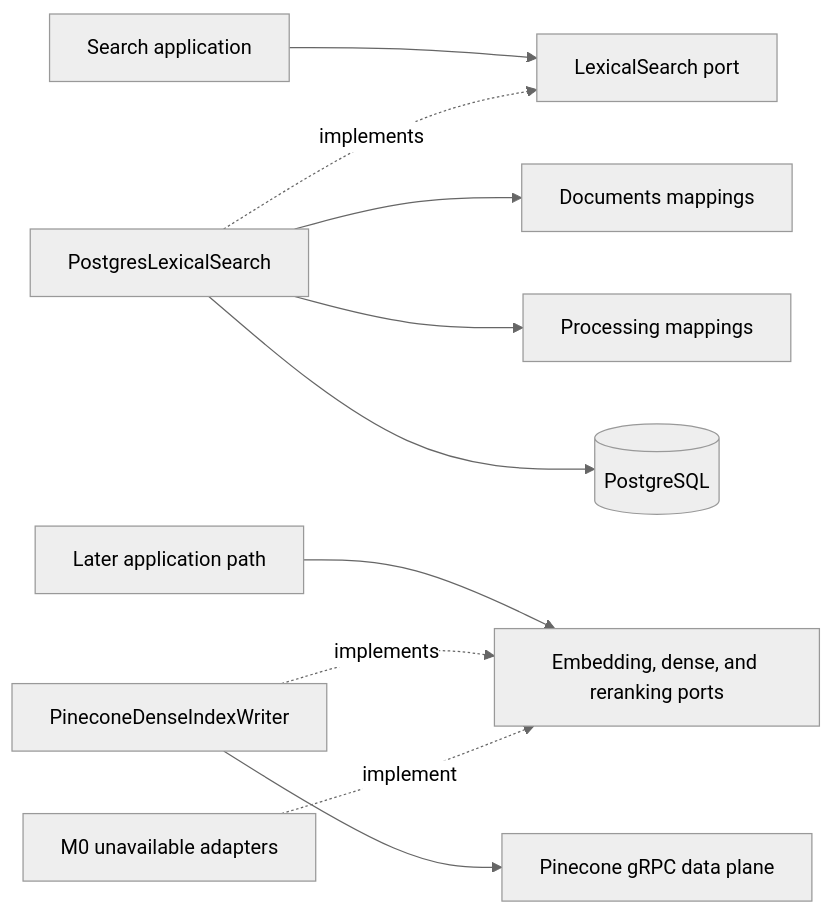
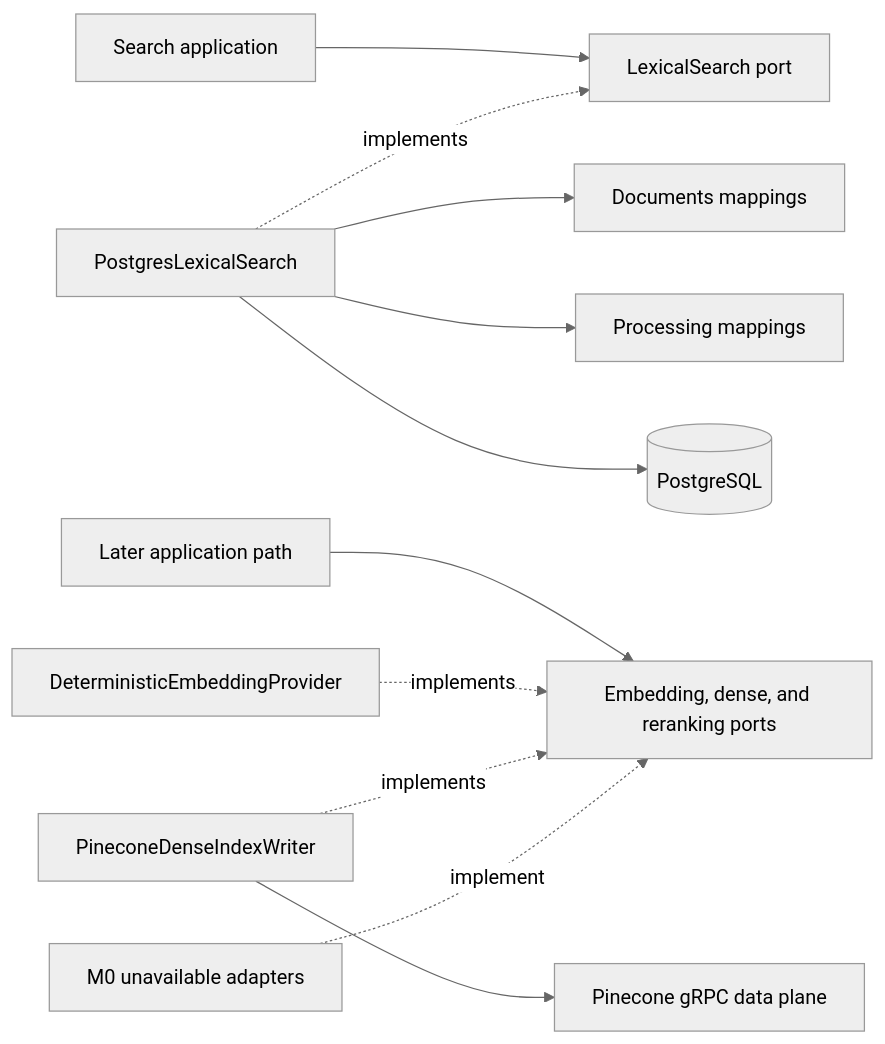
The diagram in backend/src/investment_research/infrastructure/search/README.md (rnkraus/investment-research), drawn with Mermaid (neutral theme) before and after one commit. The commit also changed other lines of this file and 2 other files, not shown here.

First line of the commit message:
test: add deterministic embedding adapter

````diff
--- a/backend/src/investment_research/infrastructure/search/README.md
+++ b/backend/src/investment_research/infrastructure/search/README.md
@@ -17,13 +18,14 @@
 ```mermaid
 flowchart LR
     APP[Search application] --> PORT[LexicalSearch port]
     PG[PostgresLexicalSearch] -. implements .-> PORT
     PG --> DOCS[Documents mappings]
     PG --> PROCESSING[Processing mappings]
     PG --> DB[(PostgreSQL)]
 
     FUTURE[Later application path] --> PROVIDER_PORTS[Embedding, dense, and reranking ports]
+    DETERMINISTIC[DeterministicEmbeddingProvider] -. implements .-> PROVIDER_PORTS
     PINECONE[PineconeDenseIndexWriter] -. implements .-> PROVIDER_PORTS
     PINECONE --> GRPC[Pinecone gRPC data plane]
     UNAVAILABLE[M0 unavailable adapters] -. implement .-> PROVIDER_PORTS
 ```
````
